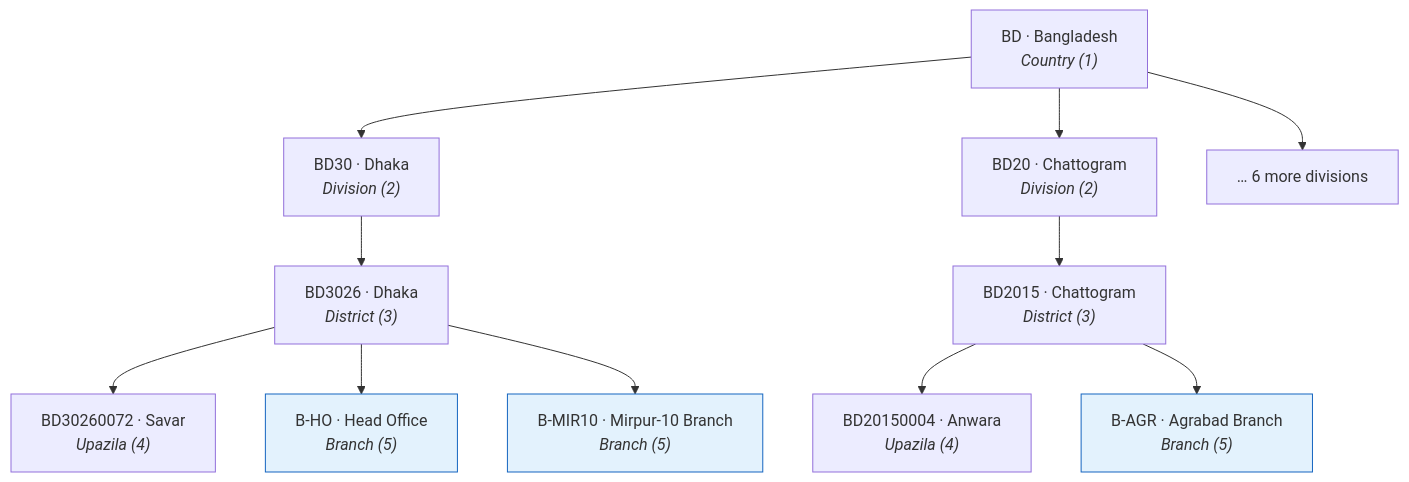
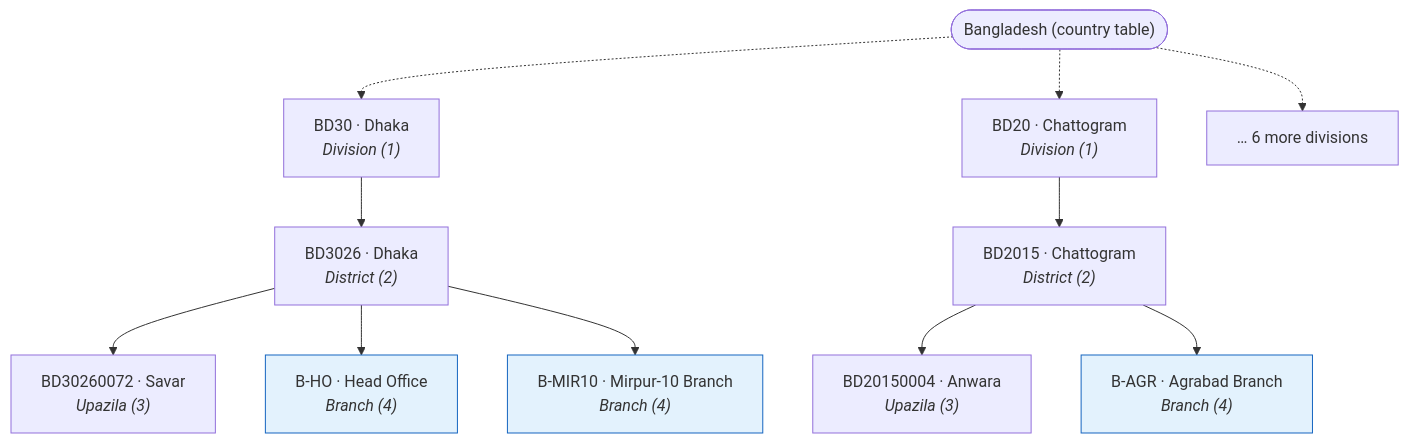
The second of 5 diagrams in README.md (arif3hosain/employee-organogram-location-configuration), drawn with Mermaid before and after one commit. The commit also changed other lines of this file and 35 other files, not shown here.

````diff
--- a/README.md
+++ b/README.md
@@ -209,20 +221,20 @@
 ```mermaid
 flowchart TD
-    BD["BD · Bangladesh<br/><i>Country (1)</i>"]
-    BD --> DHKD["BD30 · Dhaka<br/><i>Division (2)</i>"]
-    BD --> CTGD["BD20 · Chattogram<br/><i>Division (2)</i>"]
-    BD --> OTH["… 6 more divisions"]
+    BD(["Bangladesh (country table)"])
+    BD -.-> DHKD["BD30 · Dhaka<br/><i>Division (1)</i>"]
+    BD -.-> CTGD["BD20 · Chattogram<br/><i>Division (1)</i>"]
+    BD -.-> OTH["… 6 more divisions"]
 
-    DHKD --> DHK["BD3026 · Dhaka<br/><i>District (3)</i>"]
-    CTGD --> CTG["BD2015 · Chattogram<br/><i>District (3)</i>"]
+    DHKD --> DHK["BD3026 · Dhaka<br/><i>District (2)</i>"]
+    CTGD --> CTG["BD2015 · Chattogram<br/><i>District (2)</i>"]
 
-    DHK --> SAV["BD30260072 · Savar<br/><i>Upazila (4)</i>"]
-    CTG --> ANW["BD20150004 · Anwara<br/><i>Upazila (4)</i>"]
+    DHK --> SAV["BD30260072 · Savar<br/><i>Upazila (3)</i>"]
+    CTG --> ANW["BD20150004 · Anwara<br/><i>Upazila (3)</i>"]
 
-    DHK --> HO["B-HO · Head Office<br/><i>Branch (5)</i>"]
-    DHK --> MIR["B-MIR10 · Mirpur-10 Branch<br/><i>Branch (5)</i>"]
-    CTG --> AGR["B-AGR · Agrabad Branch<br/><i>Branch (5)</i>"]
+    DHK --> HO["B-HO · Head Office<br/><i>Branch (4)</i>"]
+    DHK --> MIR["B-MIR10 · Mirpur-10 Branch<br/><i>Branch (4)</i>"]
+    CTG --> AGR["B-AGR · Agrabad Branch<br/><i>Branch (4)</i>"]
 
     classDef office fill:#e3f2fd,stroke:#1565c0;
     class HO,MIR,AGR office;
 ```
````
